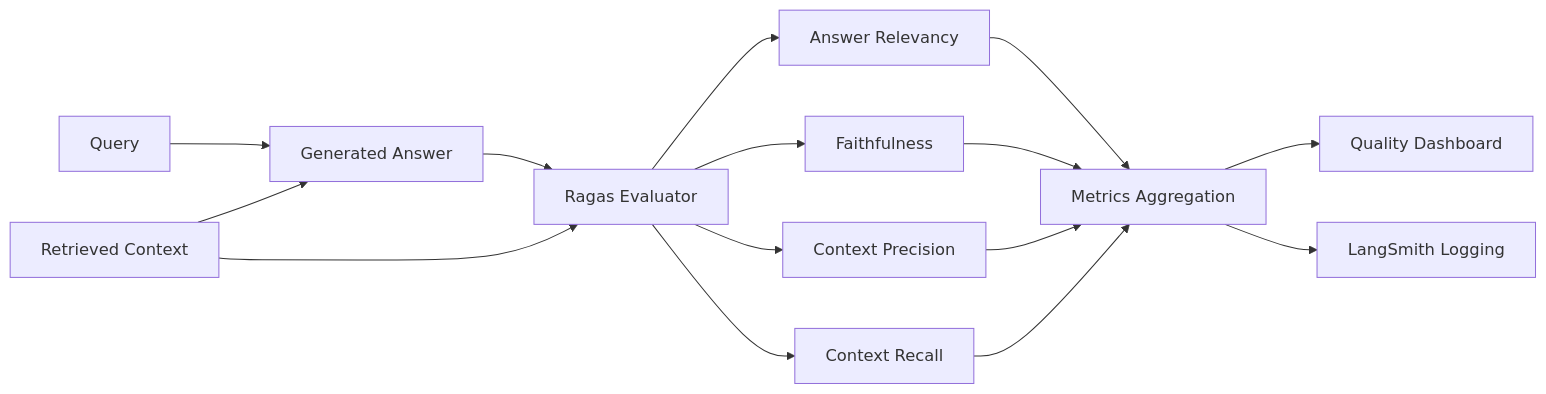
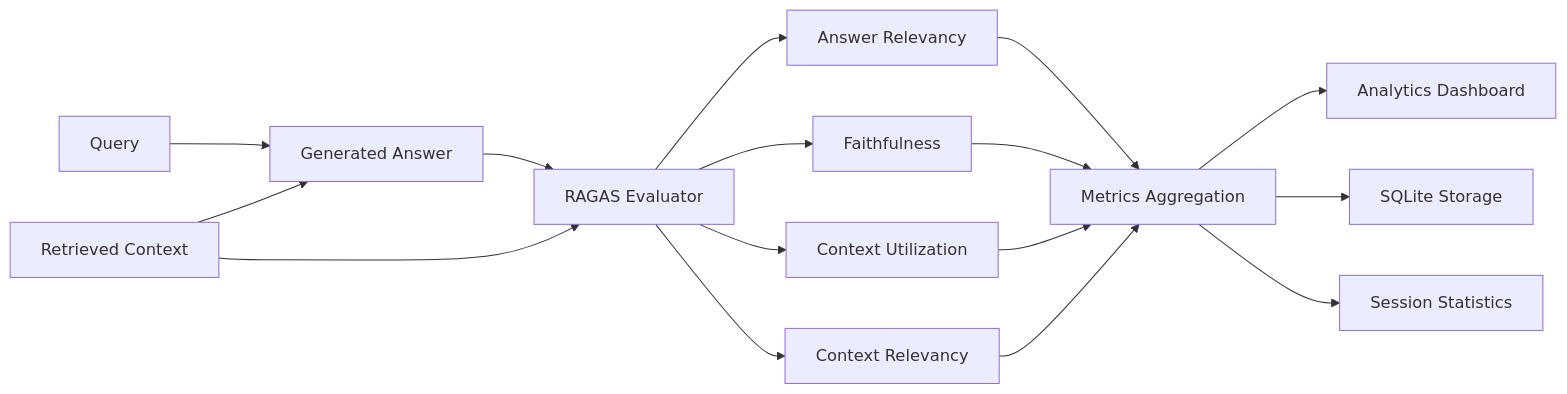
One commit to satyaki-mitra/docu-vault-ai changed the seventh of 12 diagrams in docs/ARCHITECTURE.md. Above: the diagram before and after it, drawn with Mermaid. The commit also changed other lines of this file and 1 other file, not shown here.

````diff
--- a/docs/ARCHITECTURE.md
+++ b/docs/ARCHITECTURE.md
@@ -329,21 +348,22 @@
 ```mermaid
 flowchart LR
     A[Query] --> B[Generated Answer]
     C[Retrieved Context] --> B
     
-    B --> D[Ragas Evaluator]
+    B --> D[RAGAS Evaluator]
     C --> D
     
     D --> E[Answer Relevancy]
     D --> F[Faithfulness]
-    D --> G[Context Precision]
-    D --> H[Context Recall]
+    D --> G[Context Utilization]
+    D --> H[Context Relevancy]
     
     E --> I[Metrics Aggregation]
     F --> I
     G --> I
     H --> I
     
-    I --> J[Quality Dashboard]
-    I --> K[LangSmith Logging]
+    I --> J[Analytics Dashboard]
+    I --> K[SQLite Storage]
+    I --> L[Session Statistics]
 ```
````
